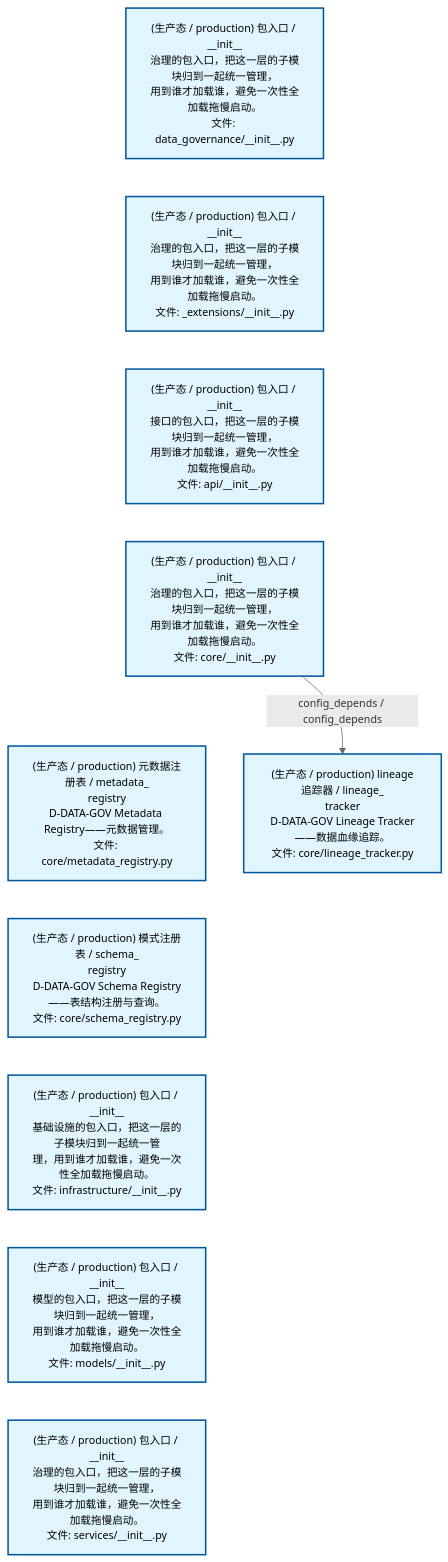
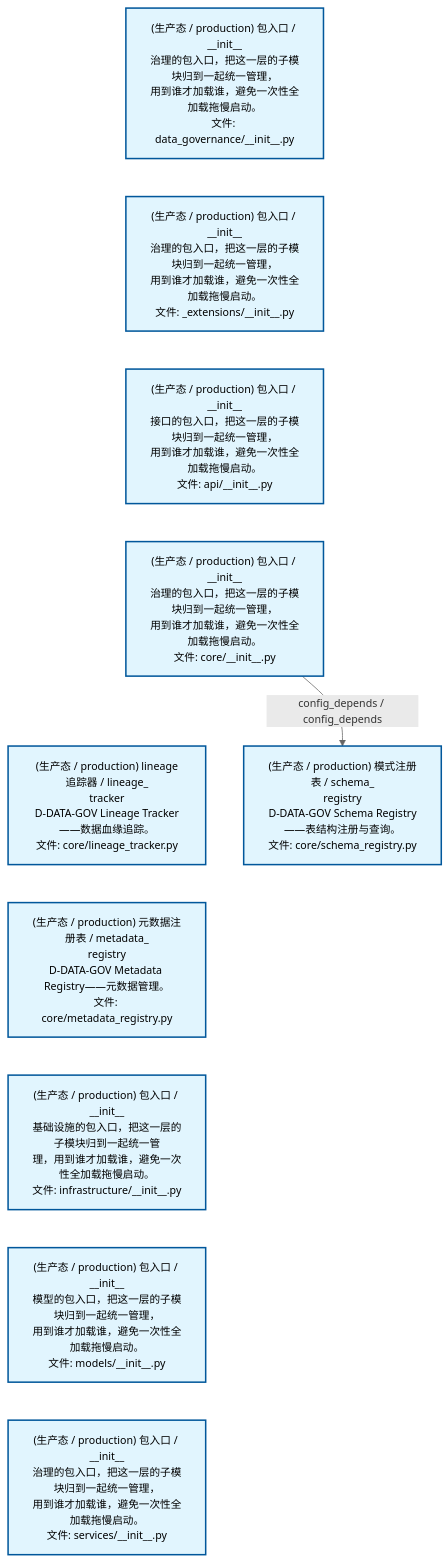
The second of 2 diagrams in docs/02_enterprise_architecture/02_domain_architecture_docs/13_d_data_gov.md (xuanFelixVan/ZephyrAlpha), drawn with Mermaid before and after one commit. The commit also changed other lines of this file and 42 other files, not shown here.

````diff
--- a/docs/02_enterprise_architecture/02_domain_architecture_docs/13_d_data_gov.md
+++ b/docs/02_enterprise_architecture/02_domain_architecture_docs/13_d_data_gov.md
@@ -86,28 +86,28 @@
 ```mermaid
 %%{init: {'theme': 'base', 'themeVariables': {'primaryColor': '#eaeaea', 'primaryTextColor': '#333333', 'primaryBorderColor': '#666666', 'lineColor': '#666666', 'secondaryColor': '#eaeaea', 'tertiaryColor': '#eaeaea', 'fontSize': '14px'}}}%%
 flowchart TD
     src_zephyr_data_governance_init_py["(生产态 / production) 包入口 / __init__<br/>治理的包入口，把这一层的子模块归到一起统一管理，<br/>用到谁才加载谁，避免一次性全加载拖慢启动。<br/>文件: data_governance/__init__.py"]
     src_zephyr_data_governance_extensions_init_py["(生产态 / production) 包入口 / __init__<br/>治理的包入口，把这一层的子模块归到一起统一管理，<br/>用到谁才加载谁，避免一次性全加载拖慢启动。<br/>文件: _extensions/__init__.py"]
     src_zephyr_data_governance_api_init_py["(生产态 / production) 包入口 / __init__<br/>接口的包入口，把这一层的子模块归到一起统一管理，<br/>用到谁才加载谁，避免一次性全加载拖慢启动。<br/>文件: api/__init__.py"]
     src_zephyr_data_governance_core_init_py["(生产态 / production) 包入口 / __init__<br/>治理的包入口，把这一层的子模块归到一起统一管理，<br/>用到谁才加载谁，避免一次性全加载拖慢启动。<br/>文件: core/__init__.py"]
+    src_zephyr_data_governance_core_lineage_tracker_py["(生产态 / production) lineage追踪器 / lineage_<br/>tracker<br/>D-DATA-GOV Lineage Tracker——数据血缘追踪。<br/>文件: core/lineage_tracker.py"]
     src_zephyr_data_governance_core_metadata_registry_py["(生产态 / production) 元数据注册表 / metadata_<br/>registry<br/>D-DATA-GOV Metadata Registry——元数据管理。<br/>文件: core/metadata_registry.py"]
-    src_zephyr_data_governance_core_schema_registry_py["(生产态 / production) 模式注册表 / schema_<br/>registry<br/>D-DATA-GOV Schema Registry——表结构注册与查询。<br/>文件: core/schema_registry.py"]
     src_zephyr_data_governance_infrastructure_init_py["(生产态 / production) 包入口 / __init__<br/>基础设施的包入口，把这一层的子模块归到一起统一管<br/>理，用到谁才加载谁，避免一次性全加载拖慢启动。<br/>文件: infrastructure/__init__.py"]
     src_zephyr_data_governance_models_init_py["(生产态 / production) 包入口 / __init__<br/>模型的包入口，把这一层的子模块归到一起统一管理，<br/>用到谁才加载谁，避免一次性全加载拖慢启动。<br/>文件: models/__init__.py"]
     src_zephyr_data_governance_services_init_py["(生产态 / production) 包入口 / __init__<br/>治理的包入口，把这一层的子模块归到一起统一管理，<br/>用到谁才加载谁，避免一次性全加载拖慢启动。<br/>文件: services/__init__.py"]
     src_zephyr_data_governance_init_py ~~~ src_zephyr_data_governance_extensions_init_py
     src_zephyr_data_governance_extensions_init_py ~~~ src_zephyr_data_governance_api_init_py
     src_zephyr_data_governance_api_init_py ~~~ src_zephyr_data_governance_core_init_py
-    src_zephyr_data_governance_core_init_py ~~~ src_zephyr_data_governance_core_metadata_registry_py
-    src_zephyr_data_governance_core_metadata_registry_py ~~~ src_zephyr_data_governance_core_schema_registry_py
-    src_zephyr_data_governance_core_schema_registry_py ~~~ src_zephyr_data_governance_infrastructure_init_py
+    src_zephyr_data_governance_core_init_py ~~~ src_zephyr_data_governance_core_lineage_tracker_py
+    src_zephyr_data_governance_core_lineage_tracker_py ~~~ src_zephyr_data_governance_core_metadata_registry_py
+    src_zephyr_data_governance_core_metadata_registry_py ~~~ src_zephyr_data_governance_infrastructure_init_py
     src_zephyr_data_governance_infrastructure_init_py ~~~ src_zephyr_data_governance_models_init_py
     src_zephyr_data_governance_models_init_py ~~~ src_zephyr_data_governance_services_init_py
-    src_zephyr_data_governance_core_lineage_tracker_py["(生产态 / production) lineage追踪器 / lineage_<br/>tracker<br/>D-DATA-GOV Lineage Tracker——数据血缘追踪。<br/>文件: core/lineage_tracker.py"]
-    src_zephyr_data_governance_core_init_py -->|config_depends / config_depends| src_zephyr_data_governance_core_lineage_tracker_py
+    src_zephyr_data_governance_core_schema_registry_py["(生产态 / production) 模式注册表 / schema_<br/>registry<br/>D-DATA-GOV Schema Registry——表结构注册与查询。<br/>文件: core/schema_registry.py"]
+    src_zephyr_data_governance_core_init_py -->|config_depends / config_depends| src_zephyr_data_governance_core_schema_registry_py
     classDef production fill:#e1f5fe,stroke:#01579b,stroke-width:2px,color:#000
     classDef design fill:#fff3e0,stroke:#e65100,stroke-width:2px,color:#000,stroke-dasharray: 5 5
     classDef external_prod fill:#e8f4fd,stroke:#0277bd,stroke-width:1px,color:#000
     classDef external_design fill:#fff8e7,stroke:#ef6c00,stroke-width:1px,color:#000,stroke-dasharray: 5 5
     class src_zephyr_data_governance_init_py,src_zephyr_data_governance_extensions_init_py,src_zephyr_data_governance_api_init_py,src_zephyr_data_governance_core_init_py,src_zephyr_data_governance_core_lineage_tracker_py,src_zephyr_data_governance_core_metadata_registry_py,src_zephyr_data_governance_core_schema_registry_py,src_zephyr_data_governance_infrastructure_init_py,src_zephyr_data_governance_models_init_py,src_zephyr_data_governance_services_init_py production
 ```
````
